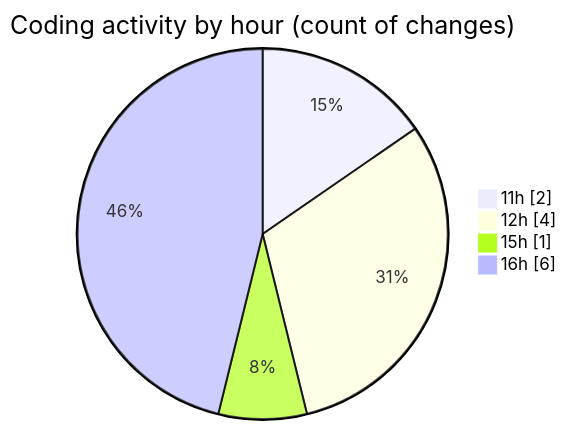
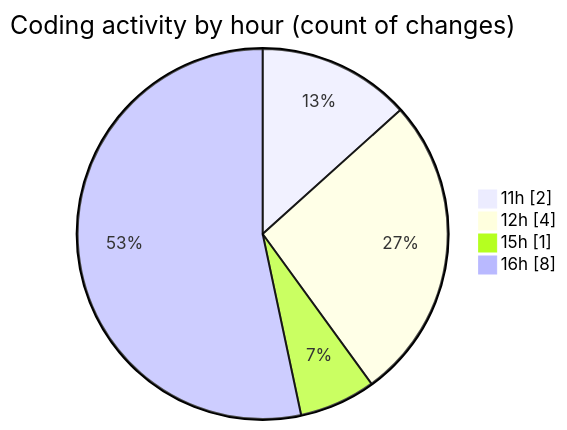
Before and after one commit to ricardozamudiocil/code-tracking: the second of 2 diagrams in 2026-10-15/cilapp/README.md, drawn with Mermaid. The commit also changed other lines of this file and 1 other file, not shown here.

````diff
--- a/2026-10-15/cilapp/README.md
+++ b/2026-10-15/cilapp/README.md
@@ -33,8 +33,8 @@
 ```mermaid
 pie showData
 title Coding activity by hour (count of changes)
 "11h" : 2
 "12h" : 4
 "15h" : 1
-"16h" : 6
+"16h" : 8
 ```
````
